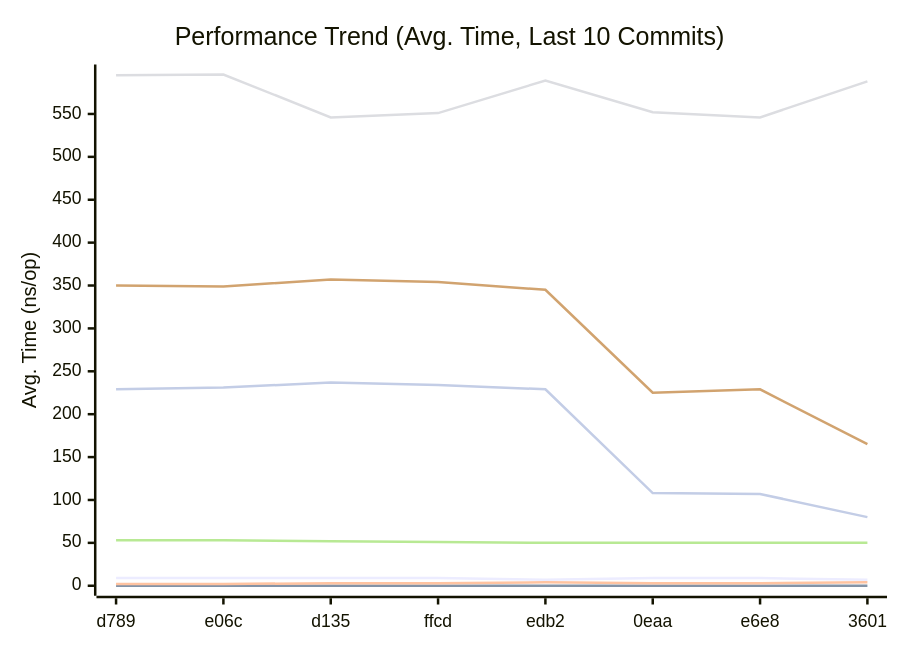
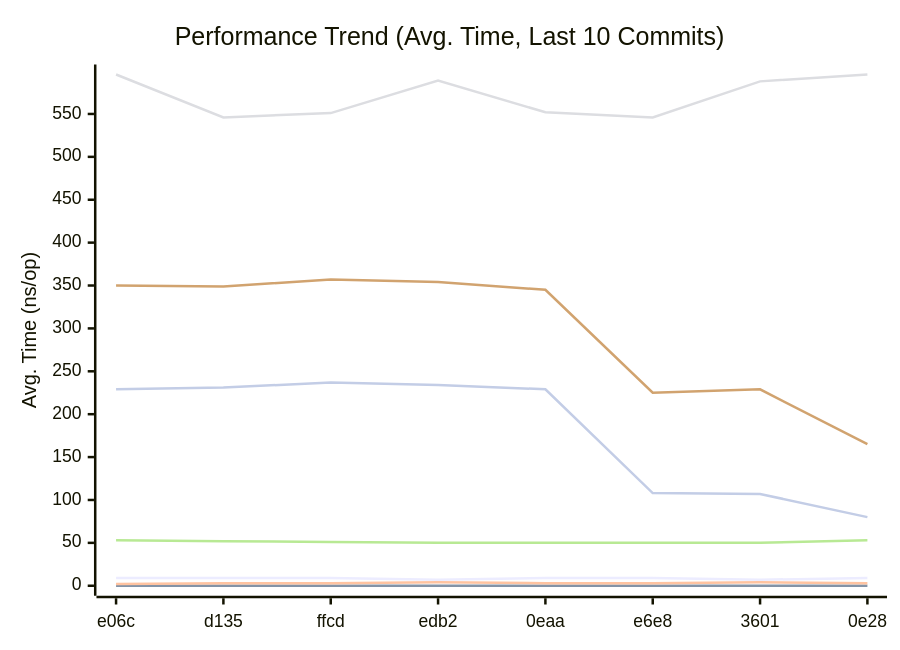
One commit to alsotoes/momo changed the first of 3 diagrams in docs/README.md. Above: the diagram before and after it, drawn with Mermaid. The commit also changed other lines of this file and 1 other file, not shown here.

````diff
--- a/docs/README.md
+++ b/docs/README.md
@@ -303,14 +303,14 @@
 ```mermaid
 xychart-beta
     title "Performance Trend (Avg. Time, Last 10 Commits)"
     x-axis "Commit"
     y-axis "Avg. Time (ns/op)"
-    x-axis [d789,e06c,d135,ffcd,edb2,0eaa,e6e8,3601]
-    line "CheckMetricsAndSwap" [9,9,9,9,7,9,9,7,9,9]
+    x-axis [e06c,d135,ffcd,edb2,0eaa,e6e8,3601,0e28]
+    line "CheckMetricsAndSwap" [9,9,9,7,9,9,7,9,9,8]
     line "IndexDirectTracking" [0,0,0,0,0,0,0,0,0,0]
-    line "IndexSearch" [2,2,3,3,4,3,3,4,3,4]
-    line "LoadGlobalConfig" [595,596,546,551,589,552,546,588,596,608]
-    line "PadString" [53,53,52,51,50,50,50,50,53,53]
+    line "IndexSearch" [2,3,3,4,3,3,4,3,4,4]
+    line "LoadGlobalConfig" [596,546,551,589,552,546,588,596,608,611]
+    line "PadString" [53,52,51,50,50,50,50,53,53,50]
     line "ParseReplicationOrder_NoPrealloc" [350,349,357,354,345,225,229,165,232,234]
     line "ParseReplicationOrder_Prealloc" [229,231,237,234,229,108,107,80,110,109]
 ```
````
